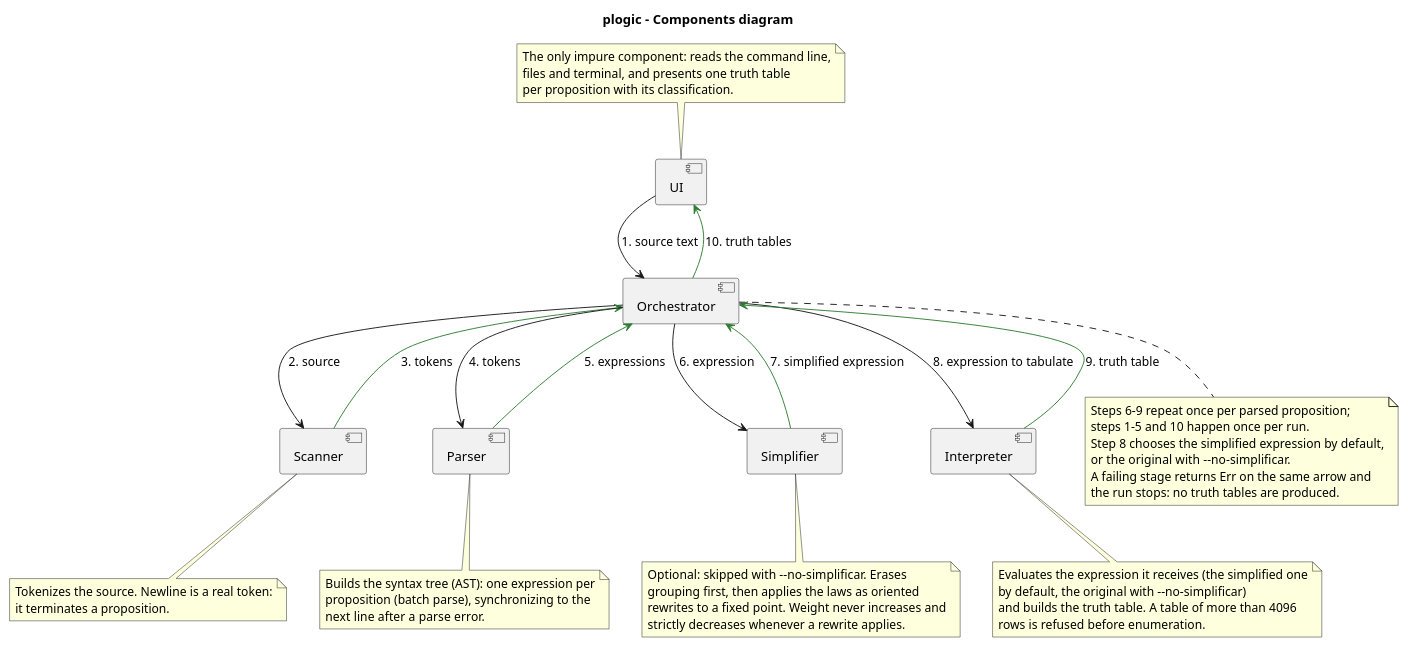
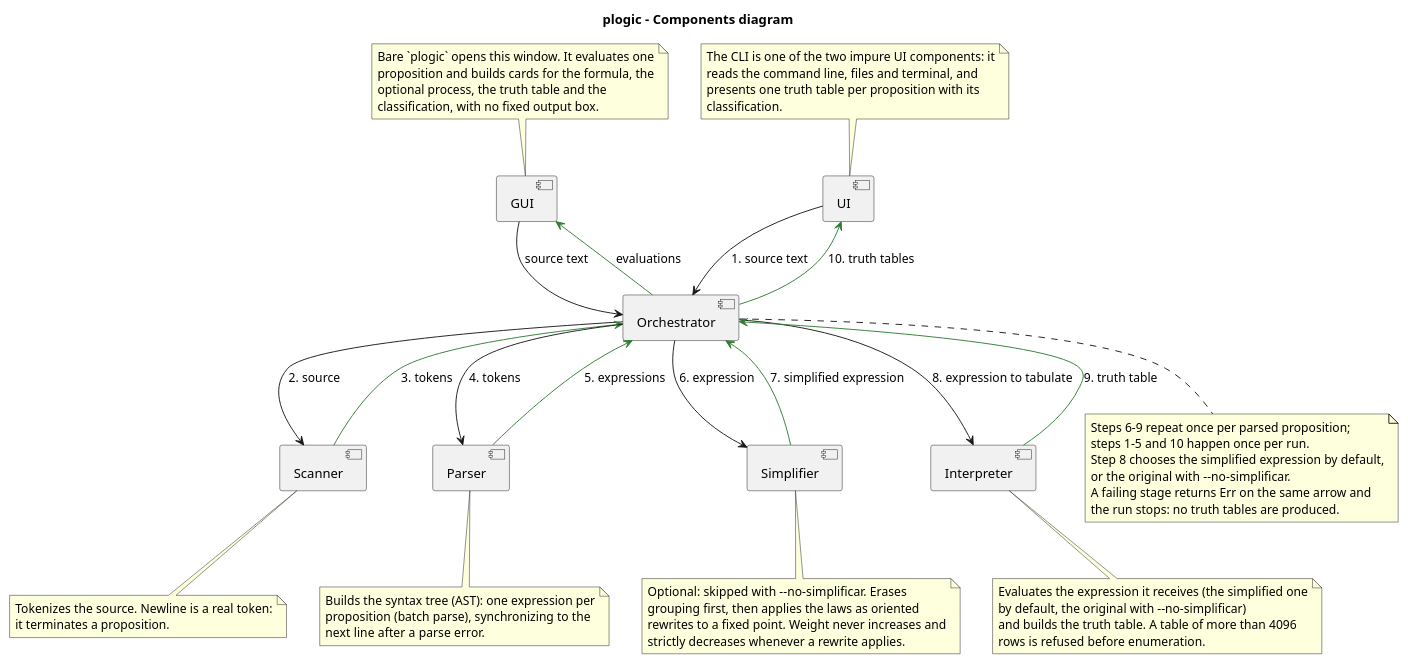
The diagram in design/diagrams/components_diagram.puml (Josgtg/plogic), drawn with PlantUML before and after one commit. The commit also changed 11 other files, not shown here.

Commit message:
design: document the graphical window

```diff
--- a/design/diagrams/components_diagram.puml
+++ b/design/diagrams/components_diagram.puml
@@ -1,70 +1,82 @@
 @startuml components_diagram
 title plogic - Components diagram
 
 component "UI" as UI
+component "GUI" as GUI
 component "Orchestrator" as Orchestrator
 component "Scanner" as Scanner
 component "Parser" as Parser
 component "Simplifier" as Simplifier
 component "Interpreter" as Interpreter
 
 note top of UI
-  The only impure component: reads the command line,
-  files and terminal, and presents one truth table
-  per proposition with its classification.
+  The CLI is one of the two impure UI components: it
+  reads the command line, files and terminal, and
+  presents one truth table per proposition with its
+  classification.
+end note
+
+note top of GUI
+  Bare `plogic` opens this window. It evaluates one
+  proposition and builds cards for the formula, the
+  optional process, the truth table and the
+  classification, with no fixed output box.
 end note
 
 note bottom of Scanner
   Tokenizes the source. Newline is a real token:
   it terminates a proposition.
 end note
 
 note bottom of Parser
   Builds the syntax tree (AST): one expression per
   proposition (batch parse), synchronizing to the
   next line after a parse error.
 end note
 
 note bottom of Simplifier
   Optional: skipped with --no-simplificar. Erases
   grouping first, then applies the laws as oriented
   rewrites to a fixed point. Weight never increases and
   strictly decreases whenever a rewrite applies.
 end note
 
 note bottom of Interpreter
   Evaluates the expression it receives (the simplified one
   by default, the original with --no-simplificar)
   and builds the truth table. A table of more than 4096
   rows is refused before enumeration.
 end note
 
 UI -down-> Orchestrator : 1. source text
 Orchestrator -up-> UI #2E7D32 : 10. truth tables
 
+GUI -down-> Orchestrator : source text
+Orchestrator -up-> GUI #2E7D32 : evaluations
+
 Orchestrator -down-> Scanner : 2. source
 Scanner -up-> Orchestrator #2E7D32 : 3. tokens
 
 Orchestrator -down-> Parser : 4. tokens
 Parser -up-> Orchestrator #2E7D32 : 5. expressions
 
 note bottom of Orchestrator
   Steps 6-9 repeat once per parsed proposition;
   steps 1-5 and 10 happen once per run.
   Step 8 chooses the simplified expression by default,
   or the original with --no-simplificar.
   A failing stage returns Err on the same arrow and
   the run stops: no truth tables are produced.
 end note
 
 Orchestrator -down-> Simplifier : 6. expression
 Simplifier -up-> Orchestrator #2E7D32 : 7. simplified expression
 
 Orchestrator -down-> Interpreter : 8. expression to tabulate
 Interpreter -up-> Orchestrator #2E7D32 : 9. truth table
 
 Scanner -[hidden]right- Parser
 Parser -[hidden]right- Simplifier
 Simplifier -[hidden]right- Interpreter
 
 @enduml
```
